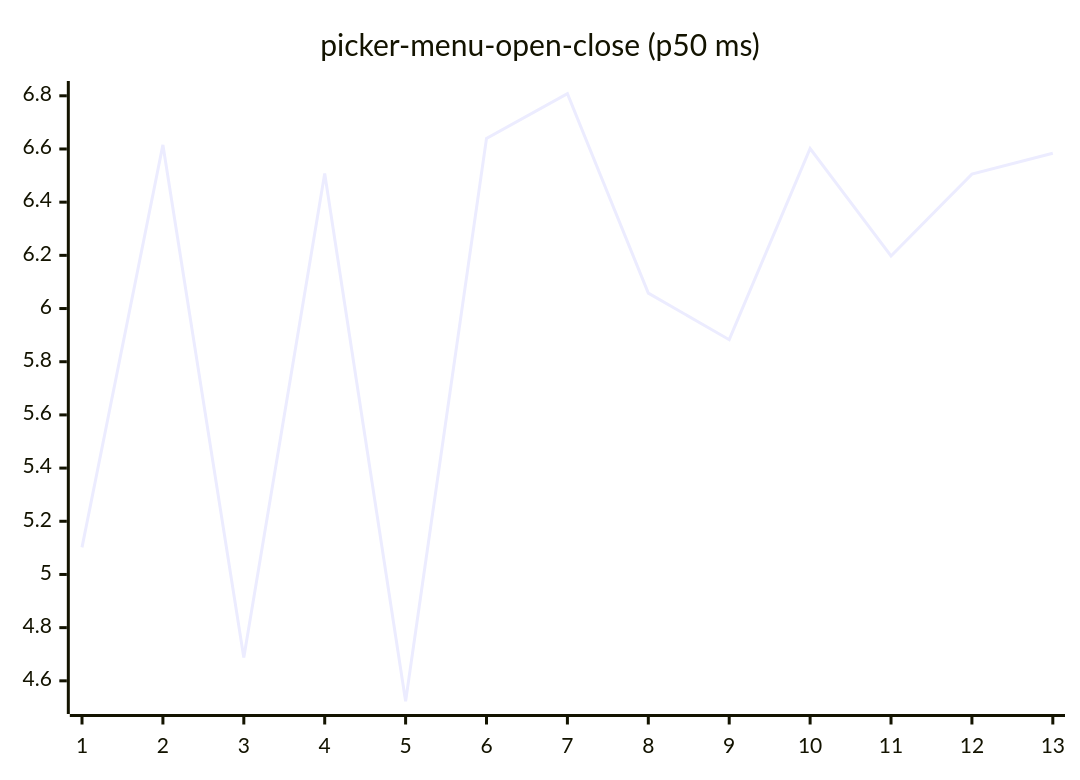
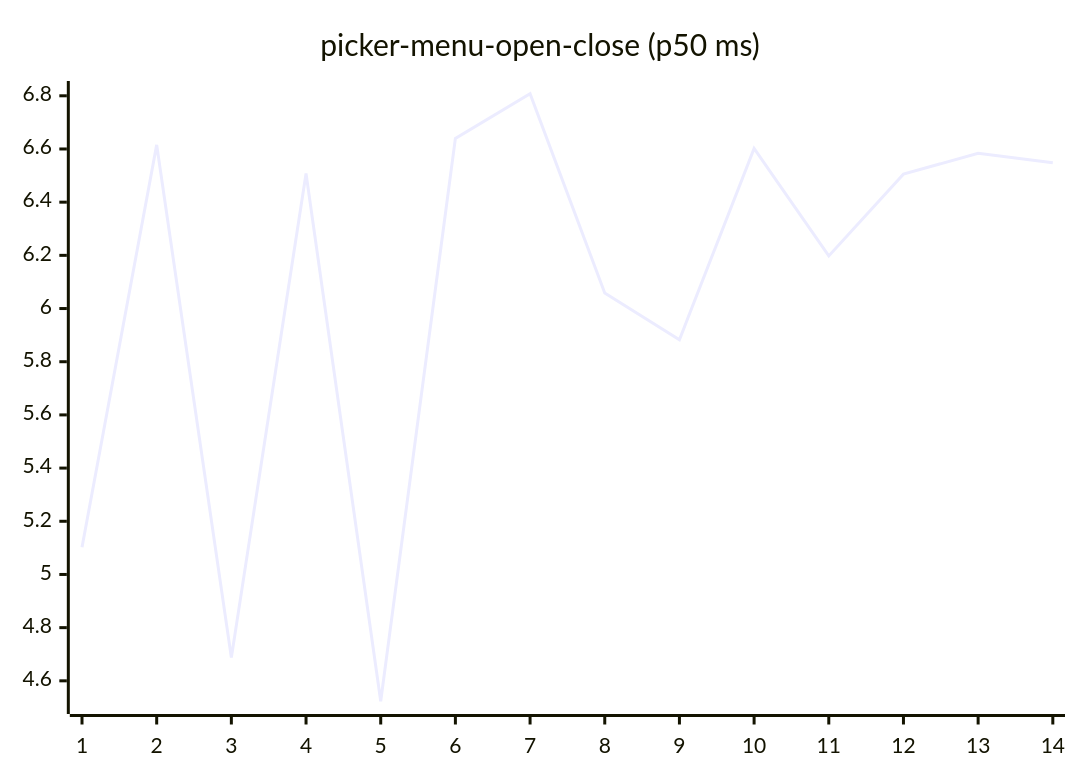
Diagram 16 of 27 in README.md (josha/Facet), drawn with Mermaid before and after one commit. The commit also changed other lines of this file and 2 other files, not shown here.

````diff
--- a/README.md
+++ b/README.md
@@ -168,6 +168,6 @@
 ```mermaid
 xychart-beta
     title "picker-menu-open-close (p50 ms)"
-    x-axis 1 --> 13
-    line [5.1020, 6.6154, 4.6873, 6.5076, 4.5232, 6.6400, 6.8077, 6.0581, 5.8829, 6.6018, 6.1978, 6.5053, 6.5840]
+    x-axis 1 --> 14
+    line [5.1020, 6.6154, 4.6873, 6.5076, 4.5232, 6.6400, 6.8077, 6.0581, 5.8829, 6.6018, 6.1978, 6.5053, 6.5840, 6.5483]
 ```
````
